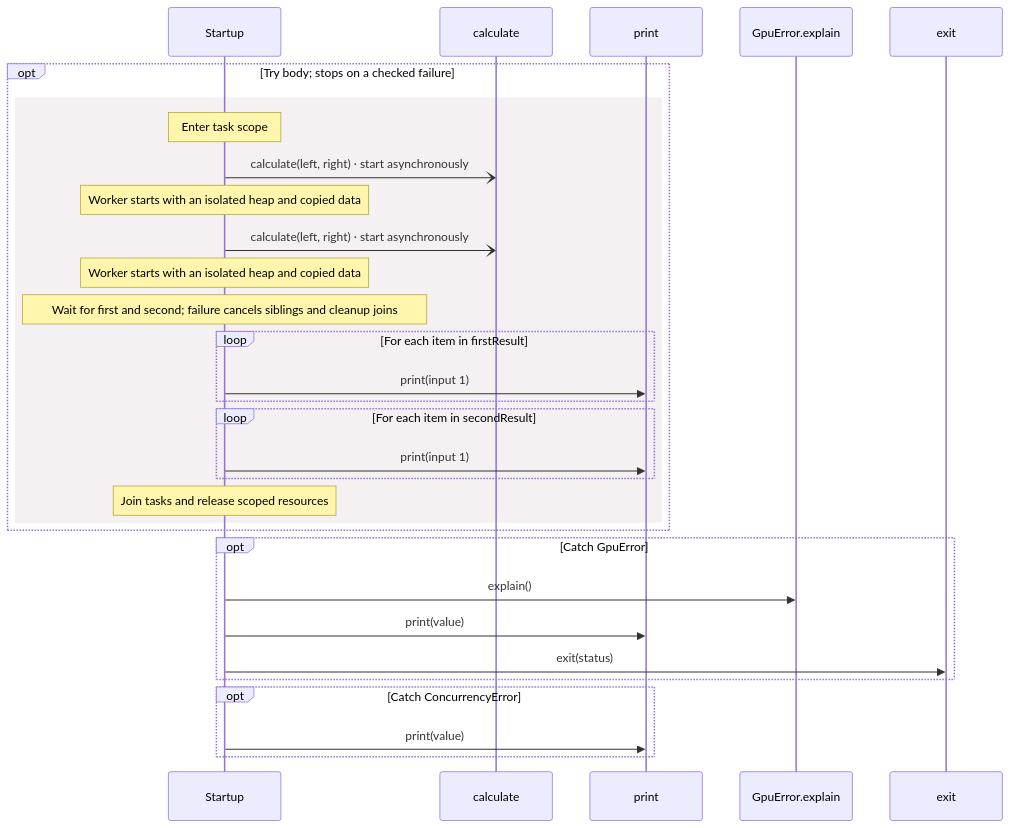
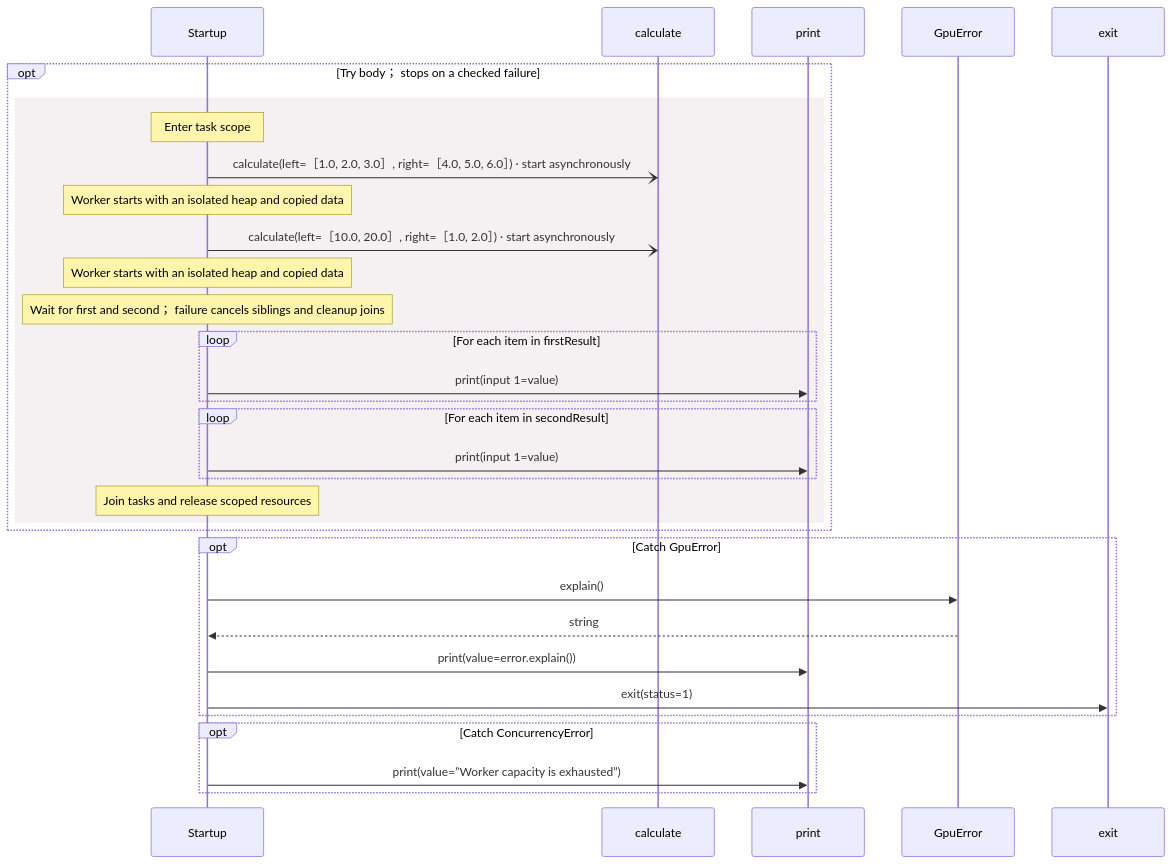
The third of 3 diagrams in docs/examples/native-gpu/main-diagrams.md (GreenPandaStudios/augscript), drawn with Mermaid before and after one commit. The commit also changed other lines of this file and 524 other files, not shown here.

Commit message:
Explain checked data flow at folder and service levels

````diff
--- a/docs/examples/native-gpu/main-diagrams.md
+++ b/docs/examples/native-gpu/main-diagrams.md
@@ -47,33 +49,34 @@
 ```mermaid
 sequenceDiagram
     participant p0 as Startup
     participant p1 as calculate
     participant p2 as print
-    participant p3 as GpuError.explain
+    participant p3 as GpuError
     participant p4 as exit
-    opt Try body#59; stops on a checked failure
+    opt Try body； stops on a checked failure
     rect rgb(245, 240, 241)
     Note over p0: Enter task scope
-    p0-)p1: calculate(left, right) · start asynchronously
+    p0-)p1: calculate(left=［1.0, 2.0, 3.0］, right=［4.0, 5.0, 6.0］) · start asynchronously
     Note over p0: Worker starts with an isolated heap and copied data
-    p0-)p1: calculate(left, right) · start asynchronously
+    p0-)p1: calculate(left=［10.0, 20.0］, right=［1.0, 2.0］) · start asynchronously
     Note over p0: Worker starts with an isolated heap and copied data
-    Note over p0: Wait for first and second#59; failure cancels siblings and cleanup joins
+    Note over p0: Wait for first and second； failure cancels siblings and cleanup joins
     loop For each item in firstResult
-    p0->>p2: print(input 1)
+    p0->>p2: print(input 1=value)
     end
     loop For each item in secondResult
-    p0->>p2: print(input 1)
+    p0->>p2: print(input 1=value)
     end
     Note over p0: Join tasks and release scoped resources
     end
     end
     opt Catch GpuError
     p0->>p3: explain()
-    p0->>p2: print(value)
-    p0->>p4: exit(status)
+    p3-->>p0: string
+    p0->>p2: print(value=error.explain())
+    p0->>p4: exit(status=1)
     end
     opt Catch ConcurrencyError
-    p0->>p2: print(value)
+    p0->>p2: print(value=”Worker capacity is exhausted”)
     end
 ```
````
